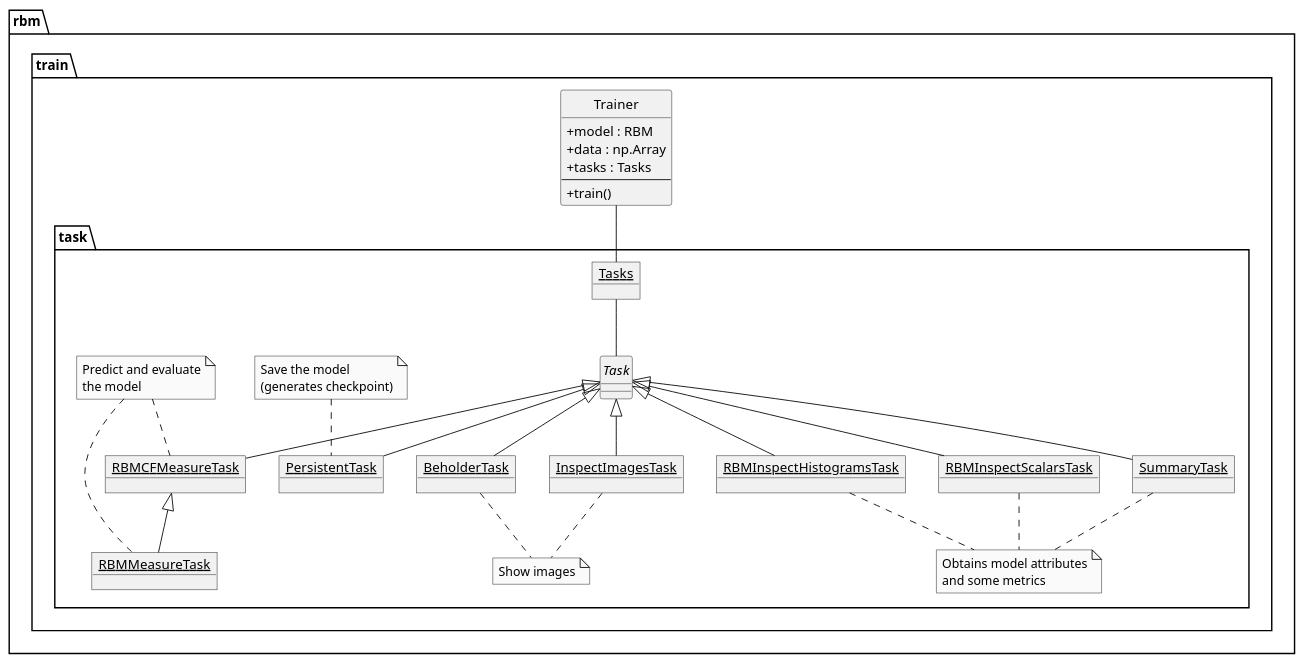
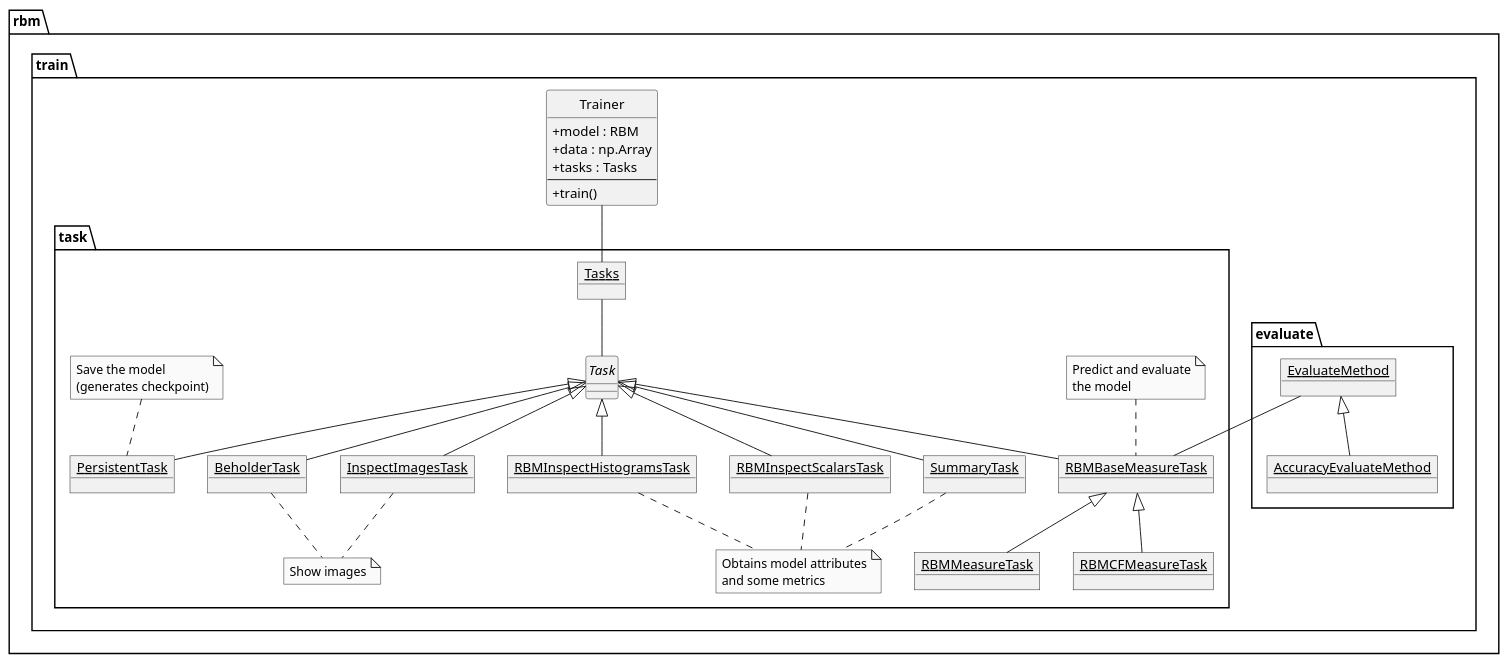
One commit to SrMouraSilva/RBM changed the diagram in docs/source/uml/train.puml. Above: the diagram before and after it, drawn with PlantUML. The commit also changed 8 other files, not shown here.

Commit message:
Refactor RBMBaseMeasureTask

```diff
--- a/docs/source/uml/train.puml
+++ b/docs/source/uml/train.puml
@@ -1,61 +1,74 @@
 @startuml
 'left to right direction
 skinparam style strictuml
 skinparam shadowing false
 skinparam monochrome true
 skinparam classAttributeIconSize 0
 
 package rbm.train {
     class Trainer {
         + model : RBM
         + data : np.Array
         + tasks : Tasks
         --
         + train()
      }
 
     package task {
         object Tasks
         abstract class Task
 
         object BeholderTask
         object InspectImagesTask
         object PersistentTask
 
         object RBMInspectHistogramsTask
         object RBMInspectScalarsTask
+        object RBMBaseMeasureTask
         object RBMMeasureTask
         object RBMCFMeasureTask
         object SummaryTask
 
         note "Show images" as ImagesNote
         note "Obtains model attributes\nand some metrics" as MetricsNotes
         note "Save the model\n(generates checkpoint)" as PersistentNote
         note "Predict and evaluate\nthe model" as MeasureNote
     }
+
+    package evaluate {
+        object EvaluateMethod
+        object AccuracyEvaluateMethod
+    }
 }
+
+RBMBaseMeasureTask -up- EvaluateMethod
+EvaluateMethod <|-- AccuracyEvaluateMethod
 
 Trainer -- Tasks
 Tasks -- Task
 
 Task <|-- BeholderTask
 Task <|-- InspectImagesTask
 Task <|-- PersistentTask
 Task <|-- RBMInspectHistogramsTask
 Task <|-- RBMInspectScalarsTask
-Task <|-- RBMCFMeasureTask
-RBMCFMeasureTask <|-- RBMMeasureTask
+Task <|-- RBMBaseMeasureTask
+RBMBaseMeasureTask <|-- RBMMeasureTask
+RBMBaseMeasureTask <|-- RBMCFMeasureTask
 Task <|-- SummaryTask
 
 
 PersistentNote .. PersistentTask
 BeholderTask .. ImagesNote
 InspectImagesTask .. ImagesNote
-MeasureNote .. RBMMeasureTask
-MeasureNote .. RBMCFMeasureTask
+
+MeasureNote .. RBMBaseMeasureTask
+'MeasureNote .. RBMMeasureTask
+'MeasureNote .. RBMCFMeasureTask
+
 
 SummaryTask .. MetricsNotes
 RBMInspectHistogramsTask .. MetricsNotes
 RBMInspectScalarsTask .. MetricsNotes
 
 @enduml
```
